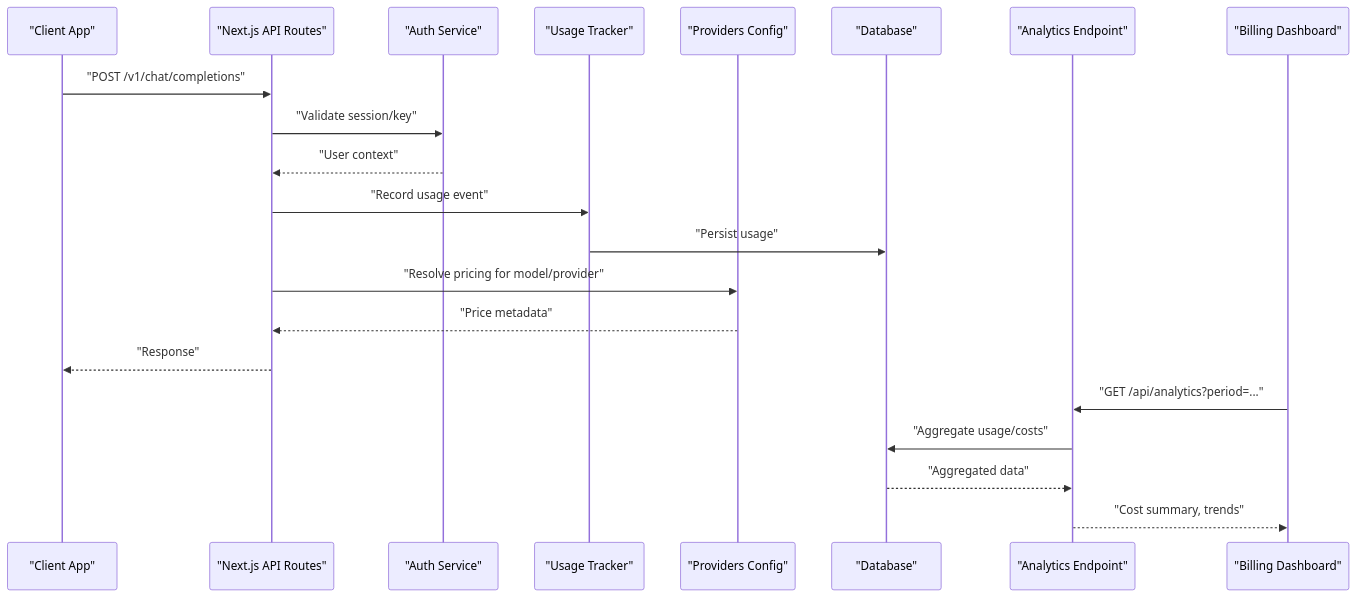
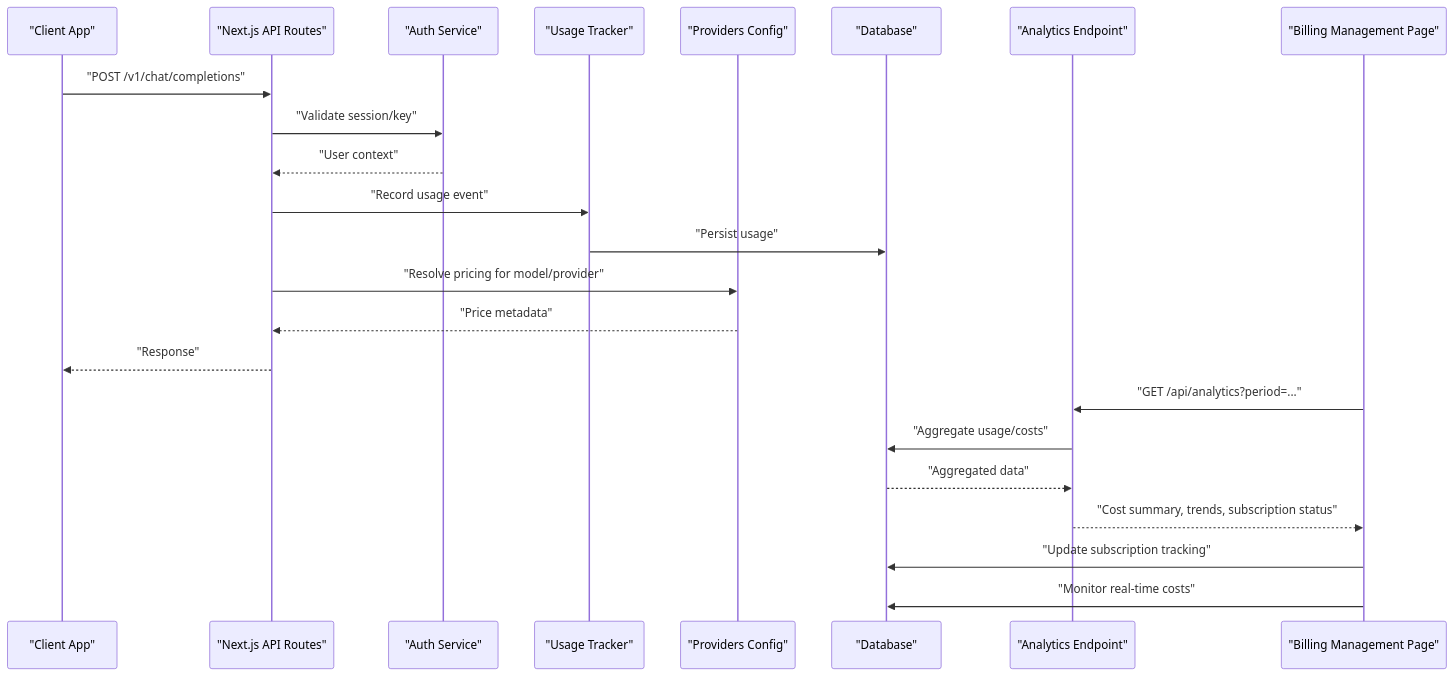
One commit to HassanAmeer/cheaprouter changed the second of 4 diagrams in .qoder/repowiki/en/content/Dashboard Features/Billing & Cost Management.md. Above: the diagram before and after it, drawn with Mermaid. The commit also changed other lines of this file and 54 other files, not shown here.

````diff
--- a/.qoder/repowiki/en/content/Dashboard Features/Billing & Cost Management.md
+++ b/.qoder/repowiki/en/content/Dashboard Features/Billing & Cost Management.md
@@ -150,23 +159,25 @@
 ```mermaid
 sequenceDiagram
 participant Client as "Client App"
 participant API as "Next.js API Routes"
 participant Auth as "Auth Service"
 participant Usage as "Usage Tracker"
 participant Providers as "Providers Config"
 participant DB as "Database"
 participant Analytics as "Analytics Endpoint"
-participant BillingUI as "Billing Dashboard"
+participant BillingUI as "Billing Management Page"
 Client->>API : "POST /v1/chat/completions"
 API->>Auth : "Validate session/key"
 Auth-->>API : "User context"
 API->>Usage : "Record usage event"
 Usage->>DB : "Persist usage"
 API->>Providers : "Resolve pricing for model/provider"
 Providers-->>API : "Price metadata"
 API-->>Client : "Response"
 BillingUI->>Analytics : "GET /api/analytics?period=..."
 Analytics->>DB : "Aggregate usage/costs"
 DB-->>Analytics : "Aggregated data"
-Analytics-->>BillingUI : "Cost summary, trends"
+Analytics-->>BillingUI : "Cost summary, trends, subscription status"
+BillingUI->>DB : "Update subscription tracking"
+BillingUI->>DB : "Monitor real-time costs"
 ```
````
